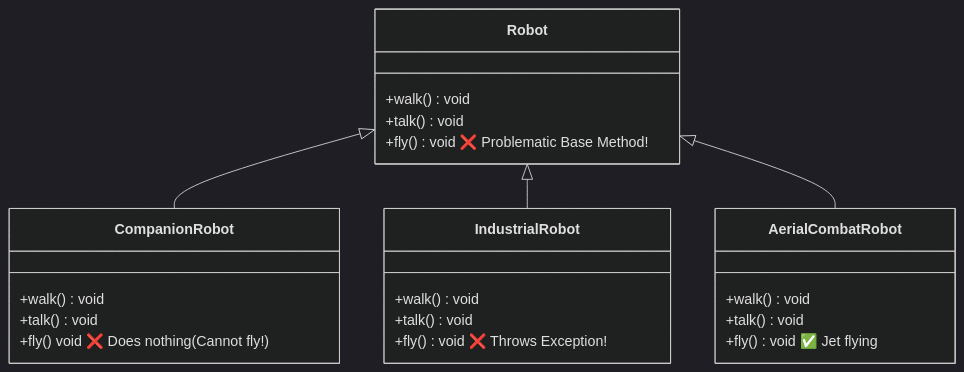
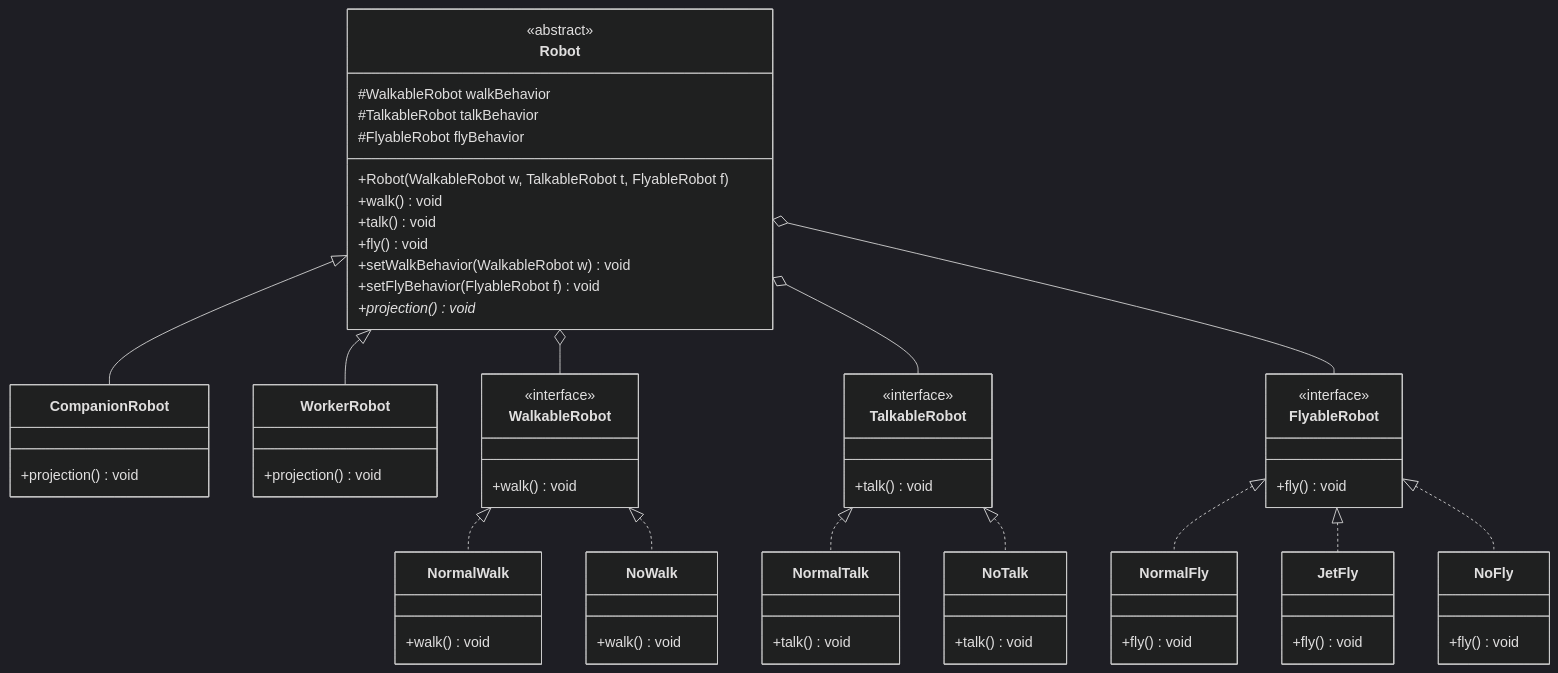
One commit to rohithgowda18/Notes changed the second of 2 diagrams in 04-OOPs-and-Design-Patterns/03-Design-Patterns/08-Strategy-Design-Pattern.md. Above: the diagram before and after it, drawn with Mermaid (dark theme). The commit also changed other lines of this file and 30 other files, not shown here.

````diff
--- a/04-OOPs-and-Design-Patterns/03-Design-Patterns/08-Strategy-Design-Pattern.md
+++ b/04-OOPs-and-Design-Patterns/03-Design-Patterns/08-Strategy-Design-Pattern.md
@@ -14,27 +104,65 @@
 ```mermaid
 classDiagram
+    %% Context Classes
     class Robot {
+        <<abstract>>
+        #WalkableRobot walkBehavior
+        #TalkableRobot talkBehavior
+        #FlyableRobot flyBehavior
+        +Robot(WalkableRobot w, TalkableRobot t, FlyableRobot f)
         +walk() void
         +talk() void
-        +fly() void ❌ Problematic Base Method!
+        +fly() void
+        +setWalkBehavior(WalkableRobot w) void
+        +setFlyBehavior(FlyableRobot f) void
+        +projection()* void
     }
+
     class CompanionRobot {
-        +walk() void
-        +talk() void
-        +fly() void ❌ Does nothing (Cannot fly!)
+        +projection() void
     }
-    class IndustrialRobot {
-        +walk() void
-        +talk() void
-        +fly() void ❌ Throws Exception!
-    }
-    class AerialCombatRobot {
-        +walk() void
-        +talk() void
-        +fly() void ✅ Jet flying
+
+    class WorkerRobot {
+        +projection() void
     }
 
     Robot <|-- CompanionRobot
-    Robot <|-- IndustrialRobot
-    Robot <|-- AerialCombatRobot
+    Robot <|-- WorkerRobot
+
+    %% Walk Strategy
+    class WalkableRobot {
+        <<interface>>
+        +walk() void
+    }
+    class NormalWalk { +walk() void }
+    class NoWalk { +walk() void }
+    WalkableRobot <|.. NormalWalk
+    WalkableRobot <|.. NoWalk
+
+    %% Talk Strategy
+    class TalkableRobot {
+        <<interface>>
+        +talk() void
+    }
+    class NormalTalk { +talk() void }
+    class NoTalk { +talk() void }
+    TalkableRobot <|.. NormalTalk
+    TalkableRobot <|.. NoTalk
+
+    %% Fly Strategy
+    class FlyableRobot {
+        <<interface>>
+        +fly() void
+    }
+    class NormalFly { +fly() void }
+    class JetFly { +fly() void }
+    class NoFly { +fly() void }
+    FlyableRobot <|.. NormalFly
+    FlyableRobot <|.. JetFly
+    FlyableRobot <|.. NoFly
+
+    %% Context has-a Strategies
+    Robot o-- WalkableRobot
+    Robot o-- TalkableRobot
+    Robot o-- FlyableRobot
 ```
````
